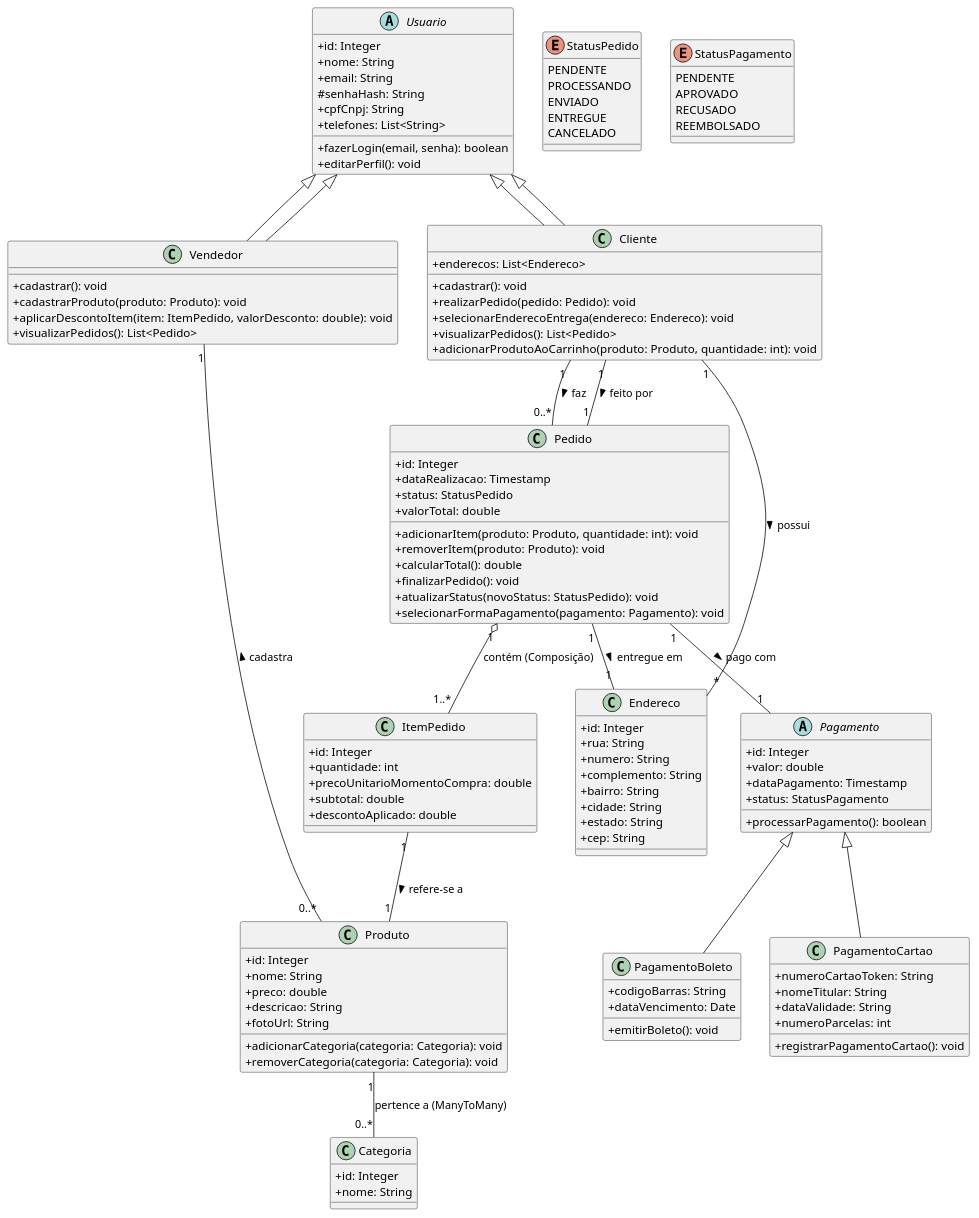
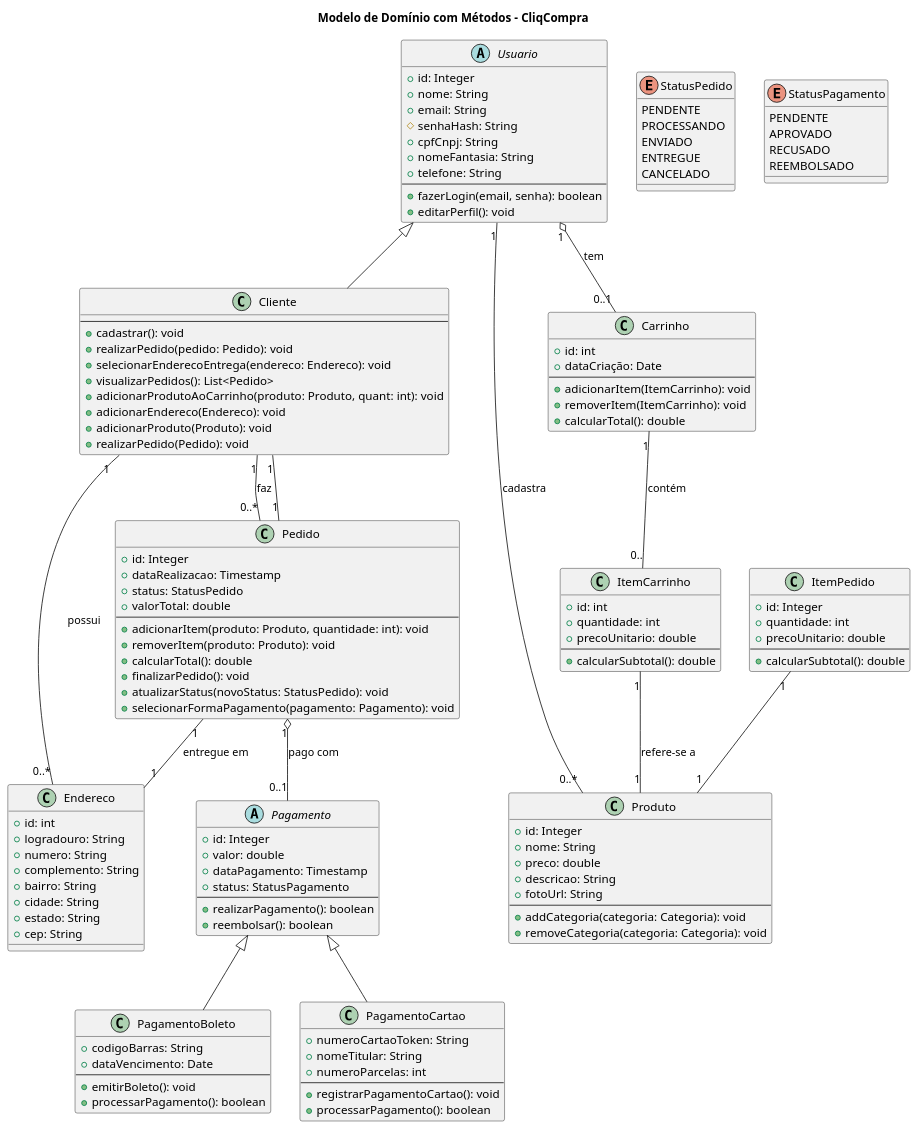
Before and after one commit to guiperlasca/CliqCompra: the diagram in README.md, drawn with PlantUML.

````diff
--- a/README.md
+++ b/README.md
@@ -21,6 +21,6 @@
 ```plantuml
 @startuml
-skinparam classAttributeIconSize 0
+title Modelo de Domínio com Métodos - CliqCompra
 
 abstract class Usuario {
   + id: Integer
@@ -28,25 +28,23 @@
   + email: String
   # senhaHash: String
   + cpfCnpj: String
-  + telefones: List<String>
++ nomeFantasia: String
+  + telefone: String
+  --
   + fazerLogin(email, senha): boolean
   + editarPerfil(): void
 }
 
 class Cliente extends Usuario {
-  + enderecos: List<Endereco>
+  --
   + cadastrar(): void
   + realizarPedido(pedido: Pedido): void
   + selecionarEnderecoEntrega(endereco: Endereco): void
   + visualizarPedidos(): List<Pedido>
-  + adicionarProdutoAoCarrinho(produto: Produto, quantidade: int): void
-}
-
-class Vendedor extends Usuario {
-  + cadastrar(): void
-  + cadastrarProduto(produto: Produto): void
-  + aplicarDescontoItem(item: ItemPedido, valorDesconto: double): void
-  + visualizarPedidos(): List<Pedido>
+  + adicionarProdutoAoCarrinho(produto: Produto, quant: int): void
+ + adicionarEndereco(Endereco): void
+  + adicionarProduto(Produto): void
+  + realizarPedido(Pedido): void
 }
 
 class Produto {
@@ -55,13 +53,9 @@
   + preco: double
   + descricao: String
   + fotoUrl: String
-  + adicionarCategoria(categoria: Categoria): void
-  + removerCategoria(categoria: Categoria): void
-}
-
-class Categoria {
-  + id: Integer
-  + nome: String
+  --
+  + addCategoria(categoria: Categoria): void
+  + removeCategoria(categoria: Categoria): void
 }
 
 class Pedido {
@@ -69,6 +63,7 @@
   + dataRealizacao: Timestamp
   + status: StatusPedido
   + valorTotal: double
+  --
   + adicionarItem(produto: Produto, quantidade: int): void
   + removerItem(produto: Produto): void
   + calcularTotal(): double
@@ -88,14 +83,14 @@
 class ItemPedido {
   + id: Integer
   + quantidade: int
-  + precoUnitarioMomentoCompra: double
-  + subtotal: double
-  + descontoAplicado: double
+  + precoUnitario: double
+ --
+  + calcularSubtotal(): double
 }
 
 class Endereco {
-  + id: Integer
-  + rua: String
+ + id: int
+  + logradouro: String
   + numero: String
   + complemento: String
   + bairro: String
@@ -109,7 +104,9 @@
   + valor: double
   + dataPagamento: Timestamp
   + status: StatusPagamento
-  + processarPagamento(): boolean
+  --
+  + realizarPagamento(): boolean
+  + reembolsar(): boolean
 }
 
 enum StatusPagamento {
@@ -122,32 +119,54 @@
 class PagamentoBoleto extends Pagamento {
   + codigoBarras: String
   + dataVencimento: Date
+  --
   + emitirBoleto(): void
+  + processarPagamento(): boolean
 }
 
 class PagamentoCartao extends Pagamento {
   + numeroCartaoToken: String
   + nomeTitular: String
-  + dataValidade: String
   + numeroParcelas: int
+  --
   + registrarPagamentoCartao(): void
+  + processarPagamento(): boolean
 }
 
-' Relacionamentos
-Usuario <|-- Cliente
-Usuario <|-- Vendedor
+class Carrinho {
+    + id: int
+  + dataCriação: Date
+  --
+  + adicionarItem(ItemCarrinho): void
+  + removerItem(ItemCarrinho): void
+  + calcularTotal(): double
+}
 
-Cliente "1" -- "*" Endereco : possui >
-Cliente "1" -- "0..*" Pedido : faz >
-Vendedor "1" -- "0..*" Produto : cadastra <
-' Ou melhor: Usuario "1" -- "0..*" Produto : cadastra > (Produto tem um ManyToOne para Usuario)
+class ItemCarrinho {
+    + id: int
+  + quantidade: int
+  + precoUnitario: double
+  --
+  + calcularSubtotal(): double
+}
 
-Pedido "1" -- "1" Cliente : feito por <
-Pedido "1" -- "1" Endereco : entregue em >
-Pedido "1" o-- "1..*" ItemPedido : contém (Composição)
-ItemPedido "1" -- "1" Produto : refere-se a >
-Produto "1" -- "0..*" Categoria : pertence a (ManyToMany)
 
-Pedido "1" -- "1" Pagamento : pago com >
+' --- Relacionamentos ---
+
+Usuario "1" o-- "0..1" Carrinho : tem
+Usuario "1" -- "0..*" Produto : cadastra
+
+Cliente "1" -- "0..*" Pedido : faz
+Cliente "1" -- "0..*" Endereco : possui
+
+Carrinho "1" -- "0.." ItemCarrinho : contém
+ItemCarrinho "1" -- "1" Produto : refere-se a
+
+Pedido "1" -- "1" Cliente
+Pedido "1" -- "1" Endereco : entregue em
+ItemPedido "1" -- "1" Produto
+
+
+Pedido "1" o-- "0..1" Pagamento : pago com
 @enduml
 ```
````
